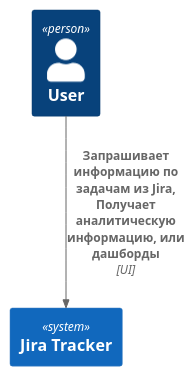
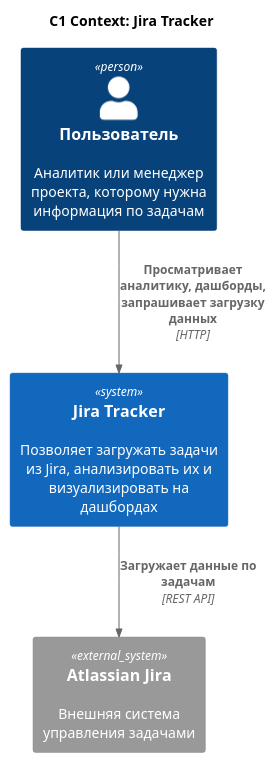
The diagram in German/C1/scheme.puml (Go-Yadro-Group-1/docs), drawn with PlantUML before and after one commit. The commit also changed 1 other file, not shown here.

Commit message:
Добавлен Jira внешняя система

```diff
--- a/German/C1/scheme.puml
+++ b/German/C1/scheme.puml
@@ -1,8 +1,15 @@
 @startuml
-!include https://raw.githubusercontent.com/plantuml-stdlib/C4-PlantUML/master/C4_Container.puml
+!include https://raw.githubusercontent.com/plantuml-stdlib/C4-PlantUML/master/C4_Context.puml
 
-Person(userA, "User")
-System(sysA, "Jira Tracker")
+title C1 Context: Jira Tracker
 
-Rel(userA, sysA, "Запрашивает информацию по задачам из Jira, Получает аналитическую информацию, или дашборды", "UI")
+Person(user, "Пользователь", "Аналитик или менеджер проекта, которому нужна информация по задачам")
+
+System(tracker, "Jira Tracker", "Позволяет загружать задачи из Jira, анализировать их и визуализировать на дашбордах")
+
+System_Ext(jira, "Atlassian Jira", "Внешняя система управления задачами")
+
+Rel(user, tracker, "Просматривает аналитику, дашборды, запрашивает загрузку данных", "HTTP")
+Rel(tracker, jira, "Загружает данные по задачам", "REST API")
+
 @enduml
```
